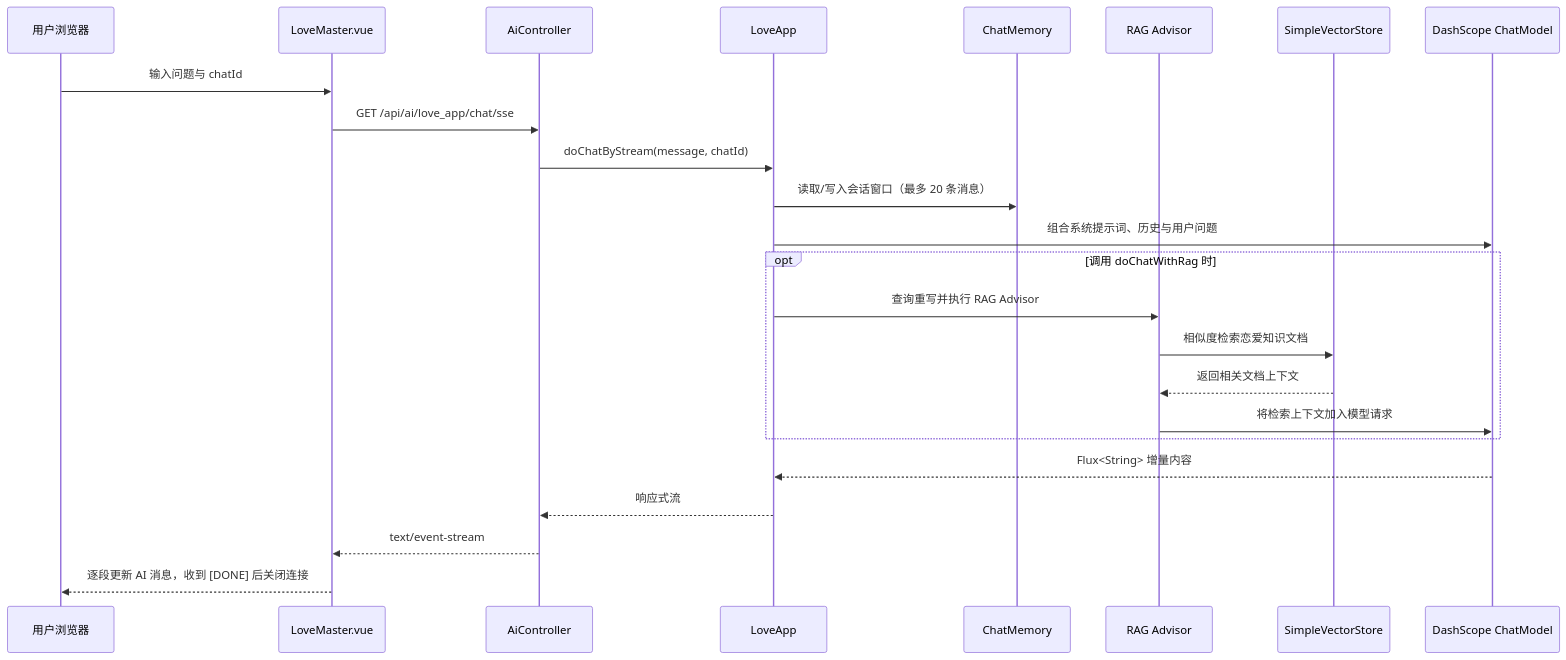
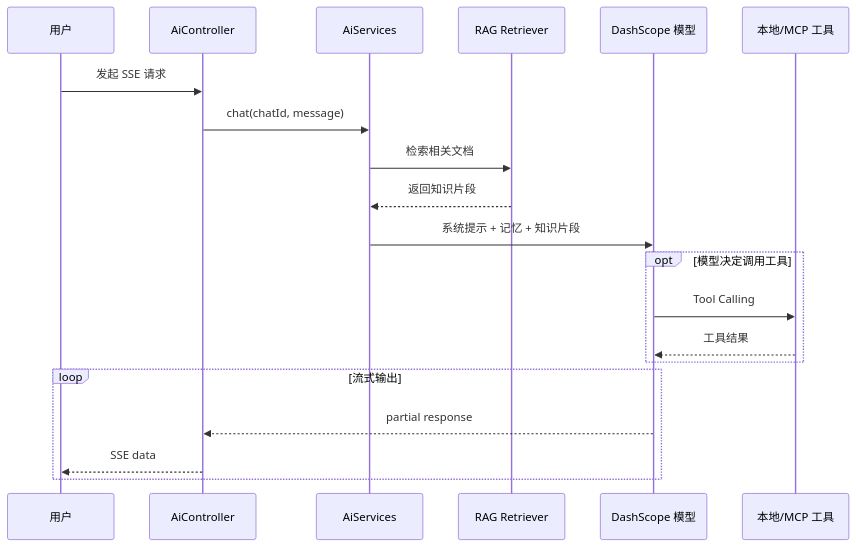
The second of 3 diagrams in docs/架构图.md (carryxiaoguo/ai-agent-langchain4j-SpringAI), drawn with Mermaid before and after one commit. The commit also changed other lines of this file and 62 other files, not shown here.

````diff
--- a/docs/架构图.md
+++ b/docs/架构图.md
@@ -133,27 +32,23 @@
 ```mermaid
 sequenceDiagram
-    participant U as 用户浏览器
-    participant F as LoveMaster.vue
+    participant U as 用户
     participant C as AiController
-    participant L as LoveApp
-    participant M as ChatMemory
-    participant R as RAG Advisor
-    participant V as SimpleVectorStore
-    participant Q as DashScope ChatModel
+    participant A as AiServices
+    participant R as RAG Retriever
+    participant M as DashScope 模型
+    participant T as 本地/MCP 工具
 
-    U->>F: 输入问题与 chatId
-    F->>C: GET /api/ai/love_app/chat/sse
-    C->>L: doChatByStream(message, chatId)
-    L->>M: 读取/写入会话窗口（最多 20 条消息）
-    L->>Q: 组合系统提示词、历史与用户问题
-    opt 调用 doChatWithRag 时
-        L->>R: 查询重写并执行 RAG Advisor
-        R->>V: 相似度检索恋爱知识文档
-        V-->>R: 返回相关文档上下文
-        R->>Q: 将检索上下文加入模型请求
+    U->>C: 发起 SSE 请求
+    C->>A: chat(chatId, message)
+    A->>R: 检索相关文档
+    R-->>A: 返回知识片段
+    A->>M: 系统提示 + 记忆 + 知识片段
+    opt 模型决定调用工具
+        M->>T: Tool Calling
+        T-->>M: 工具结果
     end
-    Q-->>L: Flux<String> 增量内容
-    L-->>C: 响应式流
-    C-->>F: text/event-stream
-    F-->>U: 逐段更新 AI 消息，收到 [DONE] 后关闭连接
+    loop 流式输出
+        M-->>C: partial response
+        C-->>U: SSE data
+    end
 ```
````
